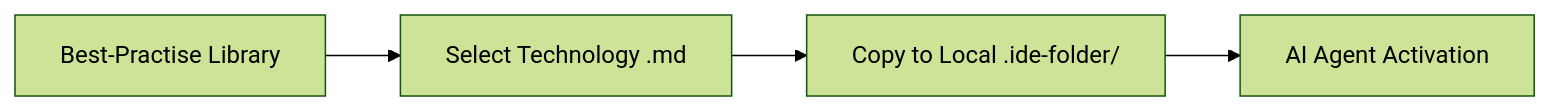
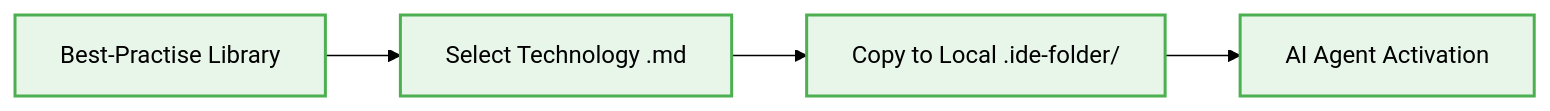
One commit to beginwebdev2002/best-practise changed the third of 4 diagrams in README.md. Above: the diagram before and after it, drawn with Mermaid (forest theme). The commit also changed other lines of this file and 20 other files, not shown here.

First line of the commit message:
docs: update mermaid diagrams with UI/UX design tokens styling

````diff
--- a/README.md
+++ b/README.md
@@ -260,6 +289,16 @@
 ```mermaid
 graph LR
     A[Best-Practise Library] --> B[Select Technology .md]
     B --> C[Copy to Local .ide-folder/]
     C --> D[AI Agent Activation]
+    %% Added Design Token Styles for Mermaid Diagrams
+    classDef default fill:#e1f5fe,stroke:#03a9f4,stroke-width:2px,color:#000;
+    classDef component fill:#e8f5e9,stroke:#4caf50,stroke-width:2px,color:#000;
+    classDef layout fill:#f3e5f5,stroke:#9c27b0,stroke-width:2px,color:#000;
+
+    class C component;
+    class A component;
+    class D component;
+    class B component;
+
 ```
````
